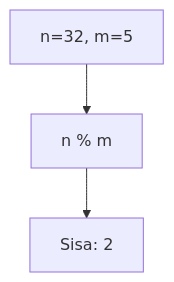
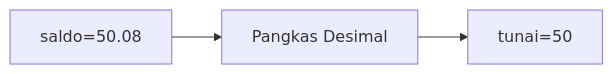
Before and after one commit to amnahwaida/OSNK_INF_PREP: diagram 16 of 25 in part-c-pemahaman-cpp/01-tipe-data/latihan/set-01.md, drawn with Mermaid. The commit also changed other lines of this file and 71 other files, not shown here.

````diff
--- a/part-c-pemahaman-cpp/01-tipe-data/latihan/set-01.md
+++ b/part-c-pemahaman-cpp/01-tipe-data/latihan/set-01.md
@@ -430,5 +450,5 @@
 ```mermaid
-graph TD
-A["n=32, m=5"] --> B["n % m"]
-B --> C["Sisa: 2"]
+graph LR
+A["saldo=50.08"] --> B["Pangkas Desimal"]
+B --> C["tunai=50"]
 ```
````
